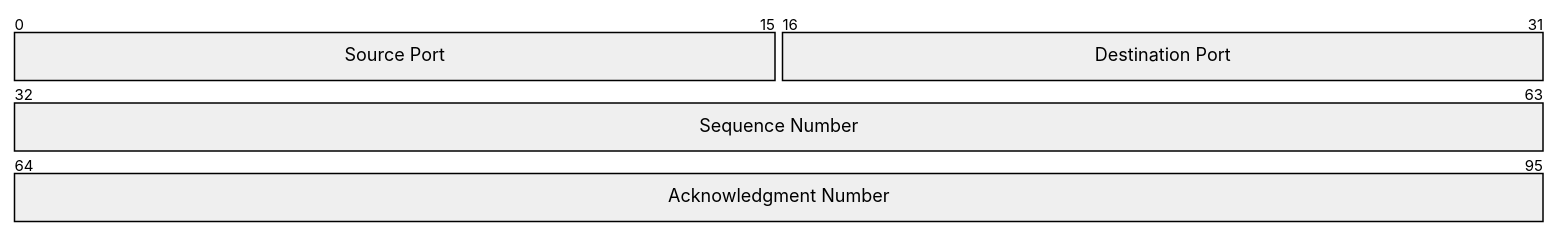
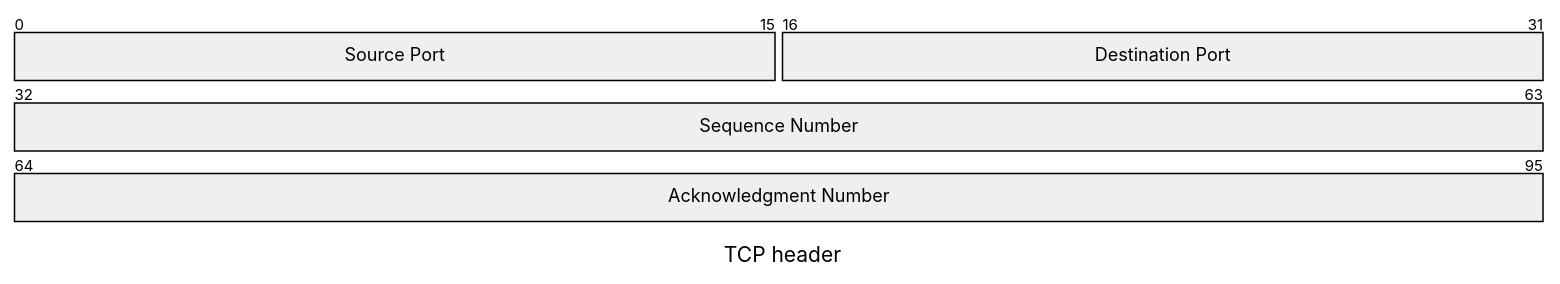
One commit to EvotecIT/ChartForgeX changed the diagram in Website/static/site/atlas/packet.mmd. Above: the diagram before and after it, drawn with Mermaid. The commit also changed 111 other files, not shown here.

```diff
--- a/Website/static/site/atlas/packet.mmd
+++ b/Website/static/site/atlas/packet.mmd
@@ -1,5 +1,8 @@
+---
+title: TCP header
+---
 packet-beta
 0-15: "Source Port"
 16-31: "Destination Port"
 32-63: "Sequence Number"
 +32: "Acknowledgment Number"
```
